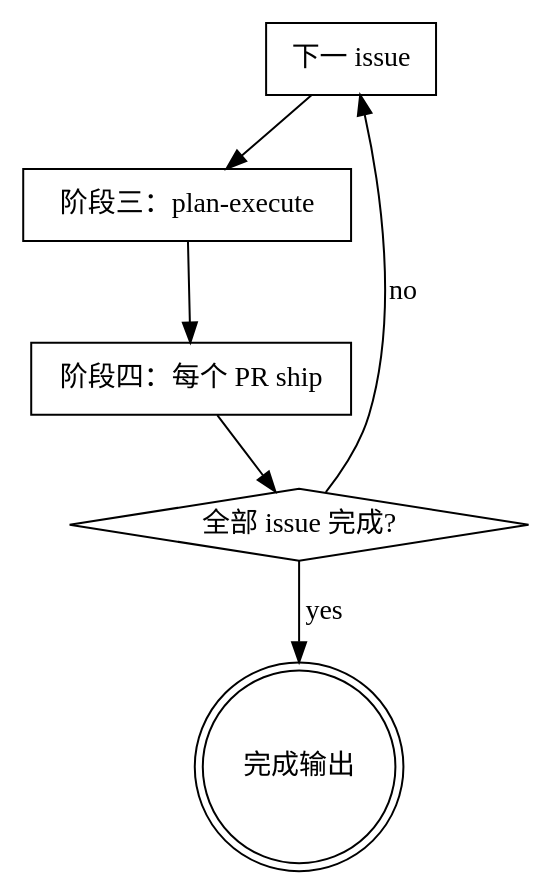
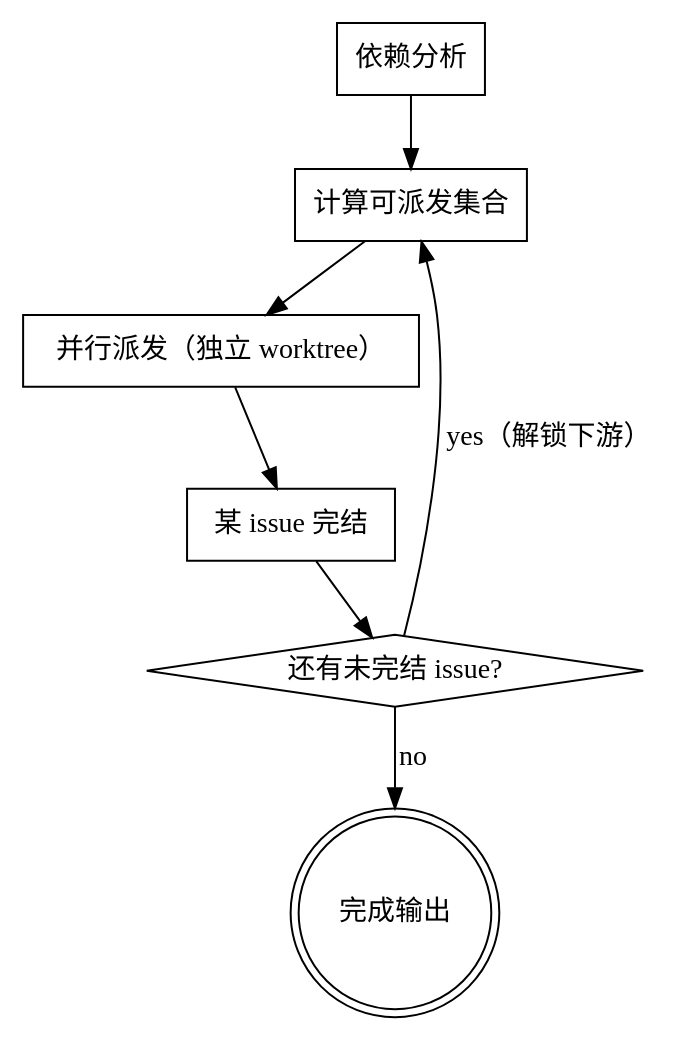
The diagram in skills/issues-batch-deliver/SKILL.md (rangershi/dx), drawn with Graphviz before and after one commit. The commit also changed other lines of this file and 2 other files, not shown here.

Commit message:
docs: enhance SKILL.md with detailed review process and issue management guidelines

````diff
--- a/skills/issues-batch-deliver/SKILL.md
+++ b/skills/issues-batch-deliver/SKILL.md
@@ -99,15 +180,17 @@
 ```dot
-digraph issue_loop {
-  "下一 issue" [shape=box];
-  "阶段三：plan-execute" [shape=box];
-  "阶段四：每个 PR ship" [shape=box];
-  "全部 issue 完成?" [shape=diamond];
+digraph issue_schedule {
+  "依赖分析" [shape=box];
+  "计算可派发集合" [shape=box];
+  "并行派发（独立 worktree）" [shape=box];
+  "某 issue 完结" [shape=box];
+  "还有未完结 issue?" [shape=diamond];
   "完成输出" [shape=doublecircle];
 
-  "下一 issue" -> "阶段三：plan-execute";
-  "阶段三：plan-execute" -> "阶段四：每个 PR ship";
-  "阶段四：每个 PR ship" -> "全部 issue 完成?";
-  "全部 issue 完成?" -> "下一 issue" [label="no"];
-  "全部 issue 完成?" -> "完成输出" [label="yes"];
+  "依赖分析" -> "计算可派发集合";
+  "计算可派发集合" -> "并行派发（独立 worktree）";
+  "并行派发（独立 worktree）" -> "某 issue 完结";
+  "某 issue 完结" -> "还有未完结 issue?";
+  "还有未完结 issue?" -> "计算可派发集合" [label="yes（解锁下游）"];
+  "还有未完结 issue?" -> "完成输出" [label="no"];
 }
 ```
````
